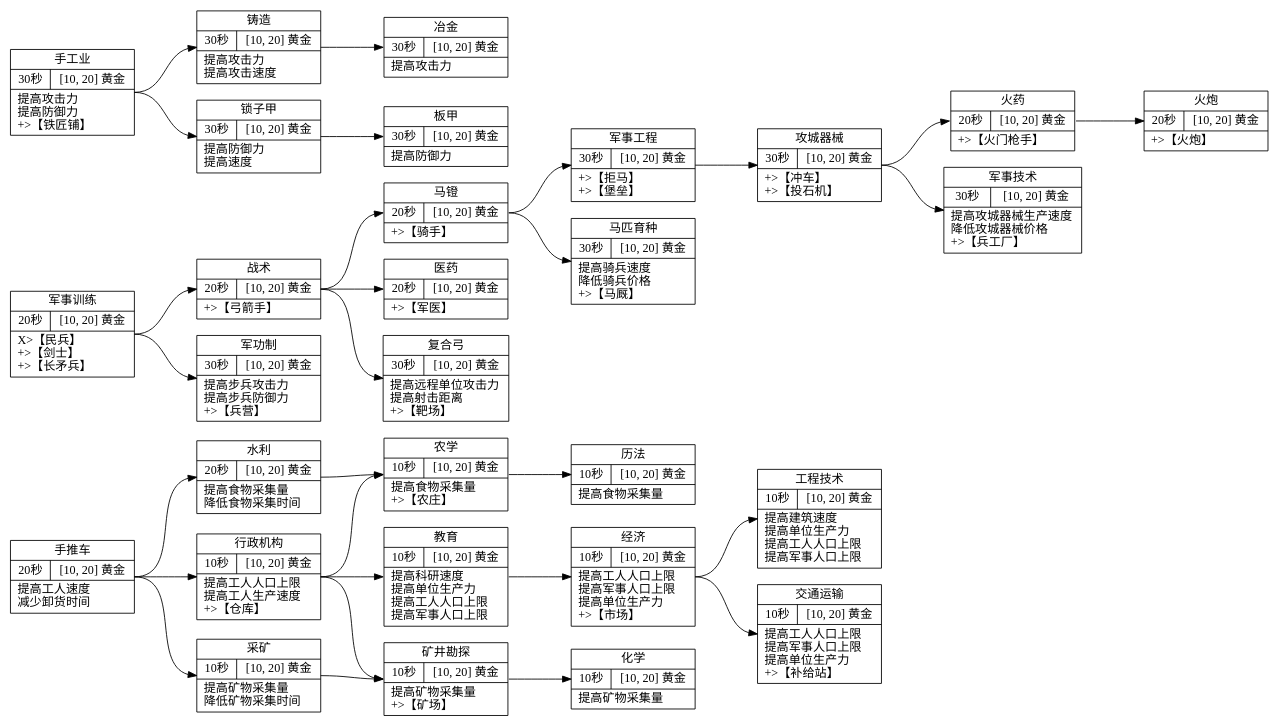
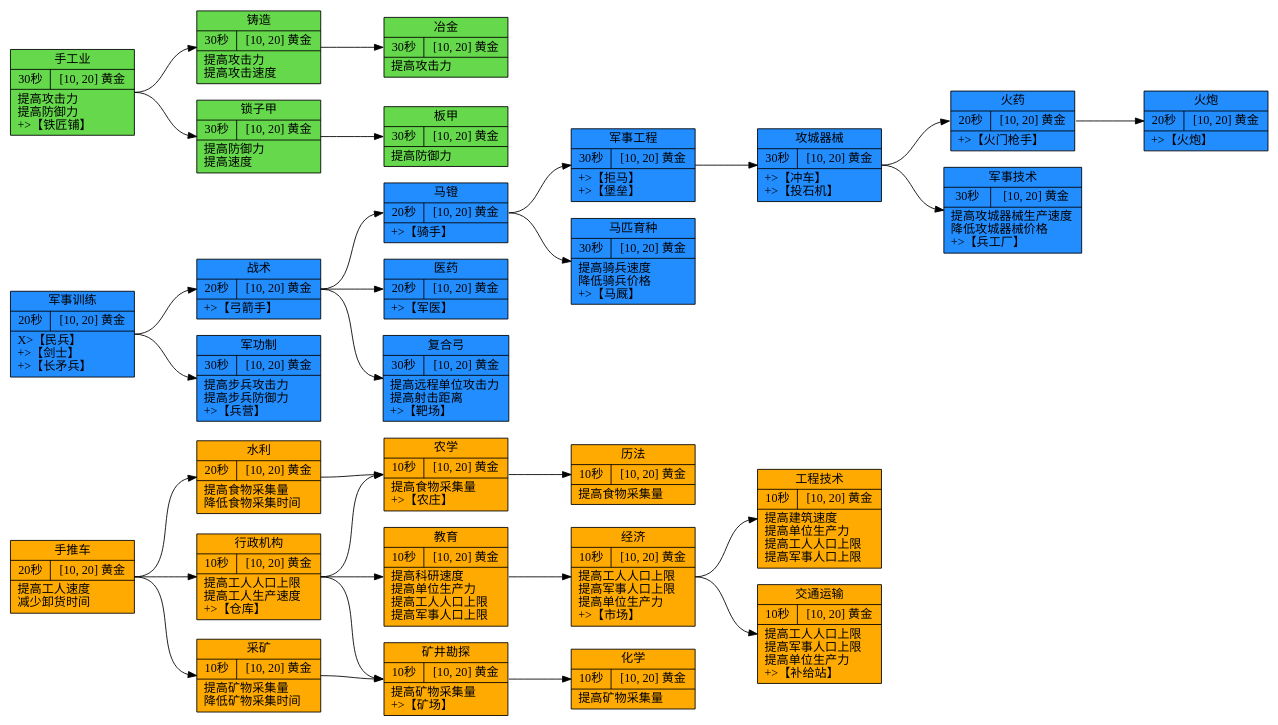
The diagram in PythonTools/TechTreeGraph/default.gv (HkingAuditore/ToyEmpiresDocuments), drawn with Graphviz before and after one commit. The commit also changed 19 other files, not shown here.

```diff
--- a/PythonTools/TechTreeGraph/default.gv
+++ b/PythonTools/TechTreeGraph/default.gv
@@ -1,60 +1,60 @@
 digraph G {
 	rankdir=LR ranksep=1
-	"手推车" [label="手推车|{<f0>20秒| <f1>[10, 20] 黄金 }|提高工人速度\l减少卸货时间\l" fontname=SimSun shape=record]
-	"水利" [label="水利|{<f0>20秒| <f1>[10, 20] 黄金 }|提高食物采集量\l降低食物采集时间\l" fontname=SimSun shape=record]
+	"手推车" [label="手推车|{<f0>20秒| <f1>[10, 20] 黄金 }|提高工人速度\l减少卸货时间\l" fillcolor="#ffaa00" fontname=SimSun shape=record style=filled]
+	"水利" [label="水利|{<f0>20秒| <f1>[10, 20] 黄金 }|提高食物采集量\l降低食物采集时间\l" fillcolor="#ffaa00" fontname=SimSun shape=record style=filled]
 	"手推车":e -> "水利":w [len=2.00]
-	"采矿" [label="采矿|{<f0>10秒| <f1>[10, 20] 黄金 }|提高矿物采集量\l降低矿物采集时间\l" fontname=SimSun shape=record]
+	"采矿" [label="采矿|{<f0>10秒| <f1>[10, 20] 黄金 }|提高矿物采集量\l降低矿物采集时间\l" fillcolor="#ffaa00" fontname=SimSun shape=record style=filled]
 	"手推车":e -> "采矿":w [len=2.00]
-	"行政机构" [label="行政机构|{<f0>10秒| <f1>[10, 20] 黄金 }|提高工人人口上限\l提高工人生产速度\l\+\>【仓库】\l" fontname=SimSun shape=record]
+	"行政机构" [label="行政机构|{<f0>10秒| <f1>[10, 20] 黄金 }|提高工人人口上限\l提高工人生产速度\l\+\>【仓库】\l" fillcolor="#ffaa00" fontname=SimSun shape=record style=filled]
 	"手推车":e -> "行政机构":w [len=2.00]
-	"农学" [label="农学|{<f0>10秒| <f1>[10, 20] 黄金 }|提高食物采集量\l\+\>【农庄】\l" fontname=SimSun shape=record]
+	"农学" [label="农学|{<f0>10秒| <f1>[10, 20] 黄金 }|提高食物采集量\l\+\>【农庄】\l" fillcolor="#ffaa00" fontname=SimSun shape=record style=filled]
 	"水利":e -> "农学":w [len=2.00]
 	"行政机构":e -> "农学":w [len=2.00]
-	"历法" [label="历法|{<f0>10秒| <f1>[10, 20] 黄金 }|提高食物采集量\l" fontname=SimSun shape=record]
+	"历法" [label="历法|{<f0>10秒| <f1>[10, 20] 黄金 }|提高食物采集量\l" fillcolor="#ffaa00" fontname=SimSun shape=record style=filled]
 	"农学":e -> "历法":w [len=2.00]
-	"矿井勘探" [label="矿井勘探|{<f0>10秒| <f1>[10, 20] 黄金 }|提高矿物采集量\l\+\>【矿场】\l" fontname=SimSun shape=record]
+	"矿井勘探" [label="矿井勘探|{<f0>10秒| <f1>[10, 20] 黄金 }|提高矿物采集量\l\+\>【矿场】\l" fillcolor="#ffaa00" fontname=SimSun shape=record style=filled]
 	"采矿":e -> "矿井勘探":w [len=2.00]
 	"行政机构":e -> "矿井勘探":w [len=2.00]
-	"化学" [label="化学|{<f0>10秒| <f1>[10, 20] 黄金 }|提高矿物采集量\l" fontname=SimSun shape=record]
+	"化学" [label="化学|{<f0>10秒| <f1>[10, 20] 黄金 }|提高矿物采集量\l" fillcolor="#ffaa00" fontname=SimSun shape=record style=filled]
 	"矿井勘探":e -> "化学":w [len=2.00]
-	"教育" [label="教育|{<f0>10秒| <f1>[10, 20] 黄金 }|提高科研速度\l提高单位生产力\l提高工人人口上限\l提高军事人口上限\l" fontname=SimSun shape=record]
+	"教育" [label="教育|{<f0>10秒| <f1>[10, 20] 黄金 }|提高科研速度\l提高单位生产力\l提高工人人口上限\l提高军事人口上限\l" fillcolor="#ffaa00" fontname=SimSun shape=record style=filled]
 	"行政机构":e -> "教育":w [len=2.00]
-	"经济" [label="经济|{<f0>10秒| <f1>[10, 20] 黄金 }|提高工人人口上限\l提高军事人口上限\l提高单位生产力\l\+\>【市场】\l" fontname=SimSun shape=record]
+	"经济" [label="经济|{<f0>10秒| <f1>[10, 20] 黄金 }|提高工人人口上限\l提高军事人口上限\l提高单位生产力\l\+\>【市场】\l" fillcolor="#ffaa00" fontname=SimSun shape=record style=filled]
 	"教育":e -> "经济":w [len=2.00]
-	"工程技术" [label="工程技术|{<f0>10秒| <f1>[10, 20] 黄金 }|提高建筑速度\l提高单位生产力\l提高工人人口上限\l提高军事人口上限\l" fontname=SimSun shape=record]
+	"工程技术" [label="工程技术|{<f0>10秒| <f1>[10, 20] 黄金 }|提高建筑速度\l提高单位生产力\l提高工人人口上限\l提高军事人口上限\l" fillcolor="#ffaa00" fontname=SimSun shape=record style=filled]
 	"经济":e -> "工程技术":w [len=2.00]
-	"交通运输" [label="交通运输|{<f0>10秒| <f1>[10, 20] 黄金 }|提高工人人口上限\l提高军事人口上限\l提高单位生产力\l\+\>【补给站】\l" fontname=SimSun shape=record]
+	"交通运输" [label="交通运输|{<f0>10秒| <f1>[10, 20] 黄金 }|提高工人人口上限\l提高军事人口上限\l提高单位生产力\l\+\>【补给站】\l" fillcolor="#ffaa00" fontname=SimSun shape=record style=filled]
 	"经济":e -> "交通运输":w [len=2.00]
-	"军事训练" [label="军事训练|{<f0>20秒| <f1>[10, 20] 黄金 }|\X\>【民兵】\l\+\>【剑士】\l\+\>【长矛兵】\l" fontname=SimSun shape=record]
-	"战术" [label="战术|{<f0>20秒| <f1>[10, 20] 黄金 }|\+\>【弓箭手】\l" fontname=SimSun shape=record]
+	"军事训练" [label="军事训练|{<f0>20秒| <f1>[10, 20] 黄金 }|\X\>【民兵】\l\+\>【剑士】\l\+\>【长矛兵】\l" fillcolor="#228dff" fontname=SimSun shape=record style=filled]
+	"战术" [label="战术|{<f0>20秒| <f1>[10, 20] 黄金 }|\+\>【弓箭手】\l" fillcolor="#228dff" fontname=SimSun shape=record style=filled]
 	"军事训练":e -> "战术":w [len=2.00]
-	"马镫" [label="马镫|{<f0>20秒| <f1>[10, 20] 黄金 }|\+\>【骑手】\l" fontname=SimSun shape=record]
+	"马镫" [label="马镫|{<f0>20秒| <f1>[10, 20] 黄金 }|\+\>【骑手】\l" fillcolor="#228dff" fontname=SimSun shape=record style=filled]
 	"战术":e -> "马镫":w [len=2.00]
-	"医药" [label="医药|{<f0>20秒| <f1>[10, 20] 黄金 }|\+\>【军医】\l" fontname=SimSun shape=record]
+	"医药" [label="医药|{<f0>20秒| <f1>[10, 20] 黄金 }|\+\>【军医】\l" fillcolor="#228dff" fontname=SimSun shape=record style=filled]
 	"战术":e -> "医药":w [len=2.00]
-	"军事工程" [label="军事工程|{<f0>30秒| <f1>[10, 20] 黄金 }|\+\>【拒马】\l\+\>【堡垒】\l" fontname=SimSun shape=record]
+	"军事工程" [label="军事工程|{<f0>30秒| <f1>[10, 20] 黄金 }|\+\>【拒马】\l\+\>【堡垒】\l" fillcolor="#228dff" fontname=SimSun shape=record style=filled]
 	"马镫":e -> "军事工程":w [len=2.00]
-	"攻城器械" [label="攻城器械|{<f0>30秒| <f1>[10, 20] 黄金 }|\+\>【冲车】\l\+\>【投石机】\l" fontname=SimSun shape=record]
+	"攻城器械" [label="攻城器械|{<f0>30秒| <f1>[10, 20] 黄金 }|\+\>【冲车】\l\+\>【投石机】\l" fillcolor="#228dff" fontname=SimSun shape=record style=filled]
 	"军事工程":e -> "攻城器械":w [len=2.00]
-	"火药" [label="火药|{<f0>20秒| <f1>[10, 20] 黄金 }|\+\>【火门枪手】\l" fontname=SimSun shape=record]
+	"火药" [label="火药|{<f0>20秒| <f1>[10, 20] 黄金 }|\+\>【火门枪手】\l" fillcolor="#228dff" fontname=SimSun shape=record style=filled]
 	"攻城器械":e -> "火药":w [len=2.00]
-	"火炮" [label="火炮|{<f0>20秒| <f1>[10, 20] 黄金 }|\+\>【火炮】\l" fontname=SimSun shape=record]
+	"火炮" [label="火炮|{<f0>20秒| <f1>[10, 20] 黄金 }|\+\>【火炮】\l" fillcolor="#228dff" fontname=SimSun shape=record style=filled]
 	"火药":e -> "火炮":w [len=2.00]
-	"军功制" [label="军功制|{<f0>30秒| <f1>[10, 20] 黄金 }|提高步兵攻击力\l提高步兵防御力\l\+\>【兵营】\l" fontname=SimSun shape=record]
+	"军功制" [label="军功制|{<f0>30秒| <f1>[10, 20] 黄金 }|提高步兵攻击力\l提高步兵防御力\l\+\>【兵营】\l" fillcolor="#228dff" fontname=SimSun shape=record style=filled]
 	"军事训练":e -> "军功制":w [len=2.00]
-	"复合弓" [label="复合弓|{<f0>30秒| <f1>[10, 20] 黄金 }|提高远程单位攻击力\l提高射击距离\l\+\>【靶场】\l" fontname=SimSun shape=record]
+	"复合弓" [label="复合弓|{<f0>30秒| <f1>[10, 20] 黄金 }|提高远程单位攻击力\l提高射击距离\l\+\>【靶场】\l" fillcolor="#228dff" fontname=SimSun shape=record style=filled]
 	"战术":e -> "复合弓":w [len=2.00]
-	"马匹育种" [label="马匹育种|{<f0>30秒| <f1>[10, 20] 黄金 }|提高骑兵速度\l降低骑兵价格\l\+\>【马厩】\l" fontname=SimSun shape=record]
+	"马匹育种" [label="马匹育种|{<f0>30秒| <f1>[10, 20] 黄金 }|提高骑兵速度\l降低骑兵价格\l\+\>【马厩】\l" fillcolor="#228dff" fontname=SimSun shape=record style=filled]
 	"马镫":e -> "马匹育种":w [len=2.00]
-	"军事技术" [label="军事技术|{<f0>30秒| <f1>[10, 20] 黄金 }|提高攻城器械生产速度\l降低攻城器械价格\l\+\>【兵工厂】\l" fontname=SimSun shape=record]
+	"军事技术" [label="军事技术|{<f0>30秒| <f1>[10, 20] 黄金 }|提高攻城器械生产速度\l降低攻城器械价格\l\+\>【兵工厂】\l" fillcolor="#228dff" fontname=SimSun shape=record style=filled]
 	"攻城器械":e -> "军事技术":w [len=2.00]
-	"手工业" [label="手工业|{<f0>30秒| <f1>[10, 20] 黄金 }|提高攻击力\l提高防御力\l\+\>【铁匠铺】\l" fontname=SimSun shape=record]
-	"铸造" [label="铸造|{<f0>30秒| <f1>[10, 20] 黄金 }|提高攻击力\l提高攻击速度\l" fontname=SimSun shape=record]
+	"手工业" [label="手工业|{<f0>30秒| <f1>[10, 20] 黄金 }|提高攻击力\l提高防御力\l\+\>【铁匠铺】\l" fillcolor="#65d84b" fontname=SimSun shape=record style=filled]
+	"铸造" [label="铸造|{<f0>30秒| <f1>[10, 20] 黄金 }|提高攻击力\l提高攻击速度\l" fillcolor="#65d84b" fontname=SimSun shape=record style=filled]
 	"手工业":e -> "铸造":w [len=2.00]
-	"冶金" [label="冶金|{<f0>30秒| <f1>[10, 20] 黄金 }|提高攻击力\l" fontname=SimSun shape=record]
+	"冶金" [label="冶金|{<f0>30秒| <f1>[10, 20] 黄金 }|提高攻击力\l" fillcolor="#65d84b" fontname=SimSun shape=record style=filled]
 	"铸造":e -> "冶金":w [len=2.00]
-	"锁子甲" [label="锁子甲|{<f0>30秒| <f1>[10, 20] 黄金 }|提高防御力\l提高速度\l" fontname=SimSun shape=record]
+	"锁子甲" [label="锁子甲|{<f0>30秒| <f1>[10, 20] 黄金 }|提高防御力\l提高速度\l" fillcolor="#65d84b" fontname=SimSun shape=record style=filled]
 	"手工业":e -> "锁子甲":w [len=2.00]
-	"板甲" [label="板甲|{<f0>30秒| <f1>[10, 20] 黄金 }|提高防御力\l" fontname=SimSun shape=record]
+	"板甲" [label="板甲|{<f0>30秒| <f1>[10, 20] 黄金 }|提高防御力\l" fillcolor="#65d84b" fontname=SimSun shape=record style=filled]
 	"锁子甲":e -> "板甲":w [len=2.00]
 }
```
